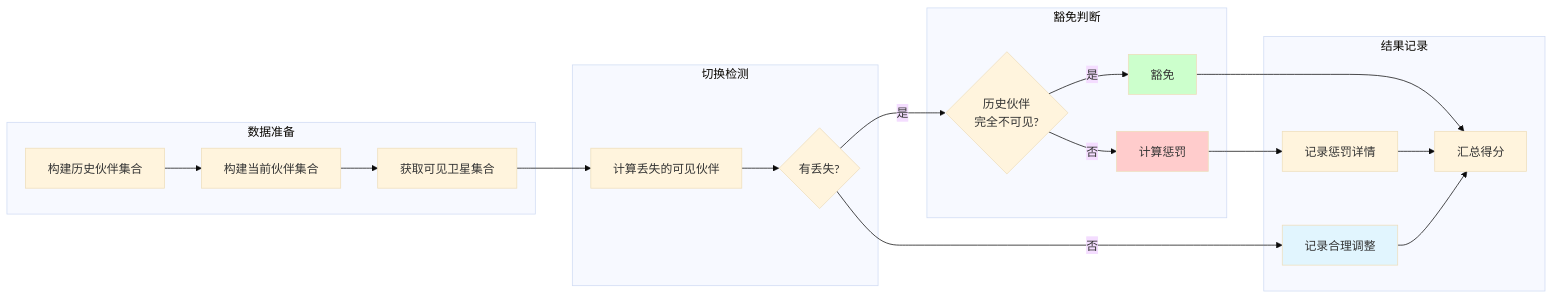
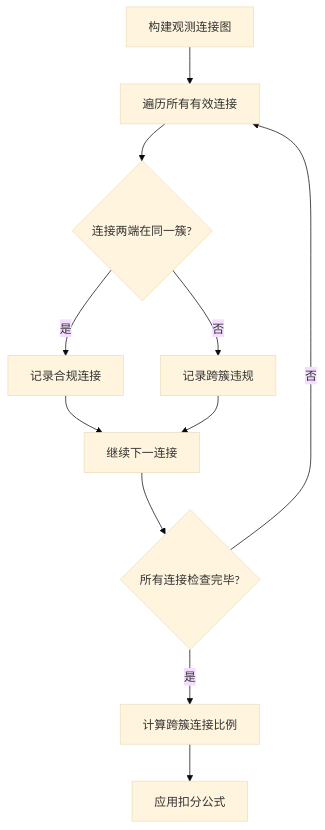
The seventh of 30 diagrams in distill/VALIDATION_REPORT.md (sneiiler/stk_gen), drawn with Mermaid (base theme) before and after one commit. The commit also changed other lines of this file, not shown here.

````diff
--- a/distill/VALIDATION_REPORT.md
+++ b/distill/VALIDATION_REPORT.md
@@ -179,39 +255,13 @@
 ```mermaid
-graph LR
-    subgraph "数据准备"
-        A[构建历史伙伴集合] --> B[构建当前伙伴集合]
-        B --> C[获取可见卫星集合]
-    end
-    
-    subgraph "切换检测"
-        D[计算丢失的可见伙伴]
-        E{有丢失?}
-    end
-    
-    subgraph "豁免判断"
-        F{历史伙伴<br/>完全不可见?}
-        G[豁免]
-        H[计算惩罚]
-    end
-    
-    subgraph "结果记录"
-        I[记录合理调整]
-        J[记录惩罚详情]
-        K[汇总得分]
-    end
-    
-    C --> D
-    D --> E
-    E -->|是| F
-    E -->|否| I
-    F -->|是| G
-    F -->|否| H
-    G --> K
-    H --> J
-    J --> K
-    I --> K
-    
-    style G fill:#ccffcc
-    style H fill:#ffcccc
-    style I fill:#e1f5fe
+flowchart TD
+    A[构建观测连接图] --> B[遍历所有有效连接]
+    B --> C{连接两端在同一簇?}
+    C -->|是| D[记录合规连接]
+    C -->|否| E[记录跨簇违规]
+    D --> F[继续下一连接]
+    E --> F
+    F --> G{所有连接检查完毕?}
+    G -->|否| B
+    G -->|是| H[计算跨簇连接比例]
+    H --> I[应用扣分公式]
 ```
````
